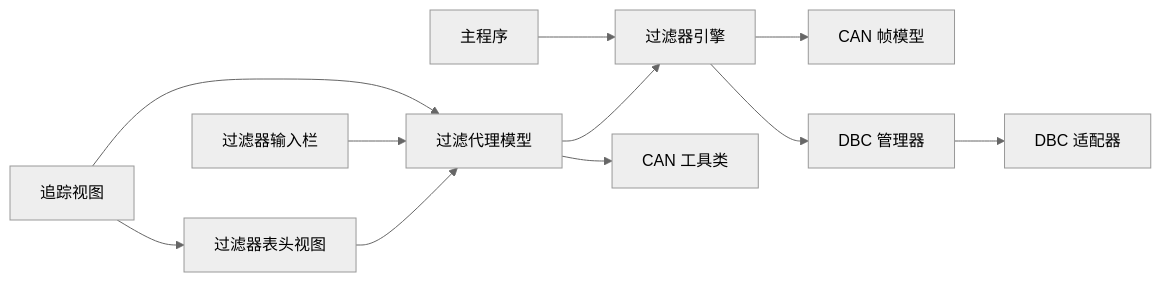
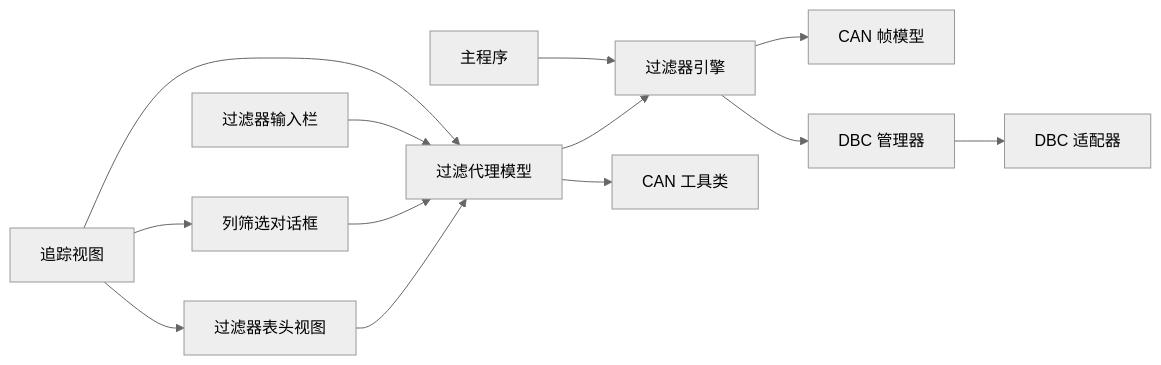
One commit to jakecai1225-design/OpenBus changed the fourth of 4 diagrams in .qoder/repowiki/zh/content/核心模块详解/过滤器引擎/过滤器引擎.md. Above: the diagram before and after it, drawn with Mermaid (neutral theme). The commit also changed other lines of this file and 39 other files, not shown here.

````diff
--- a/.qoder/repowiki/zh/content/核心模块详解/过滤器引擎/过滤器引擎.md
+++ b/.qoder/repowiki/zh/content/核心模块详解/过滤器引擎/过滤器引擎.md
@@ -372,13 +429,15 @@
 ```mermaid
 graph LR
 FE["过滤器引擎"] --> CF["CAN 帧模型"]
 FE --> DM["DBC 管理器"]
 DM --> DA["DBC 适配器"]
 CPM["过滤代理模型"] --> FE
 CPM --> CU["CAN 工具类"]
 FHV["过滤器表头视图"] --> CPM
+CFP["列筛选对话框"] --> CPM
 FB["过滤器输入栏"] --> CPM
 TV["追踪视图"] --> FHV
+TV --> CFP
 TV --> CPM
 MAIN["主程序"] --> FE
 ```
````
